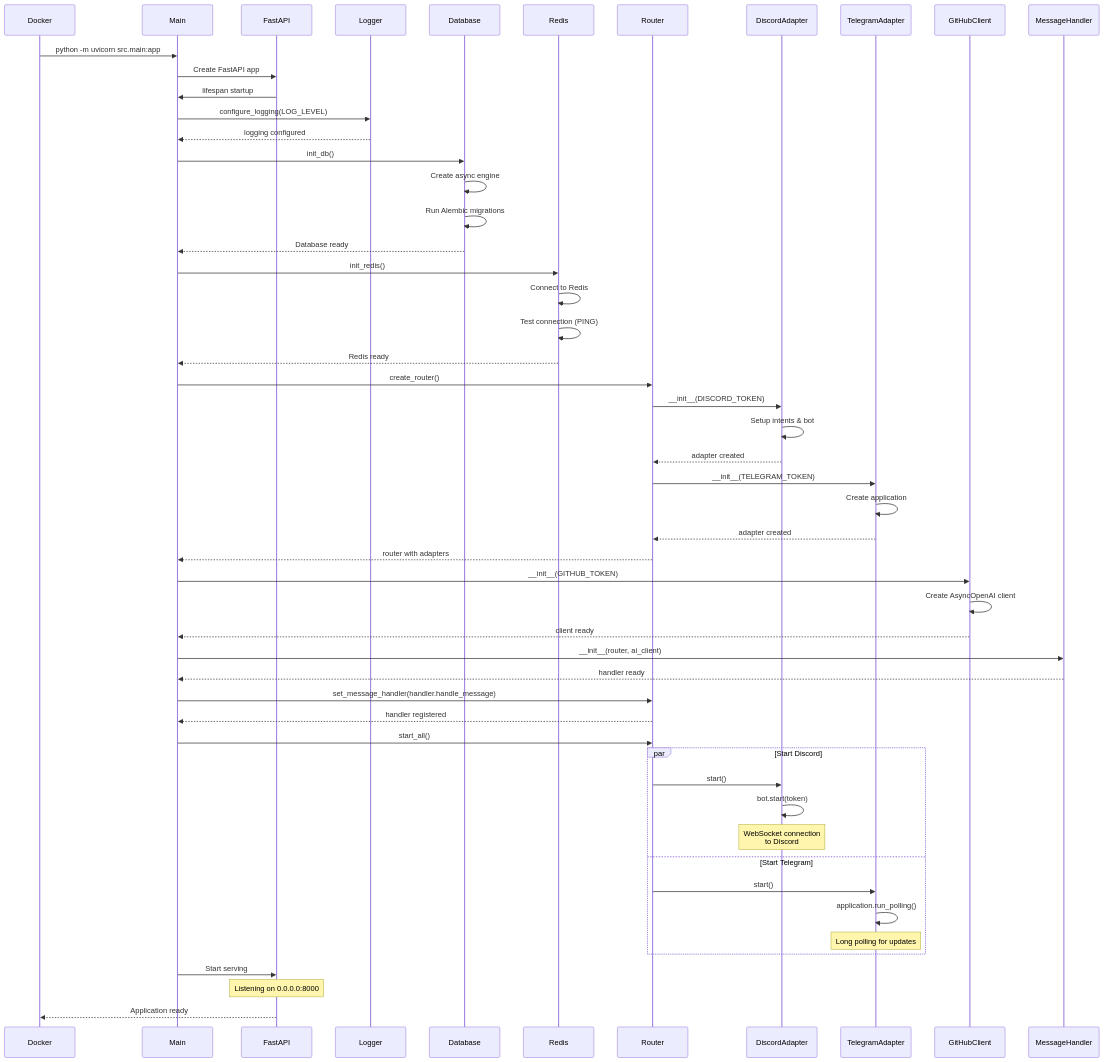
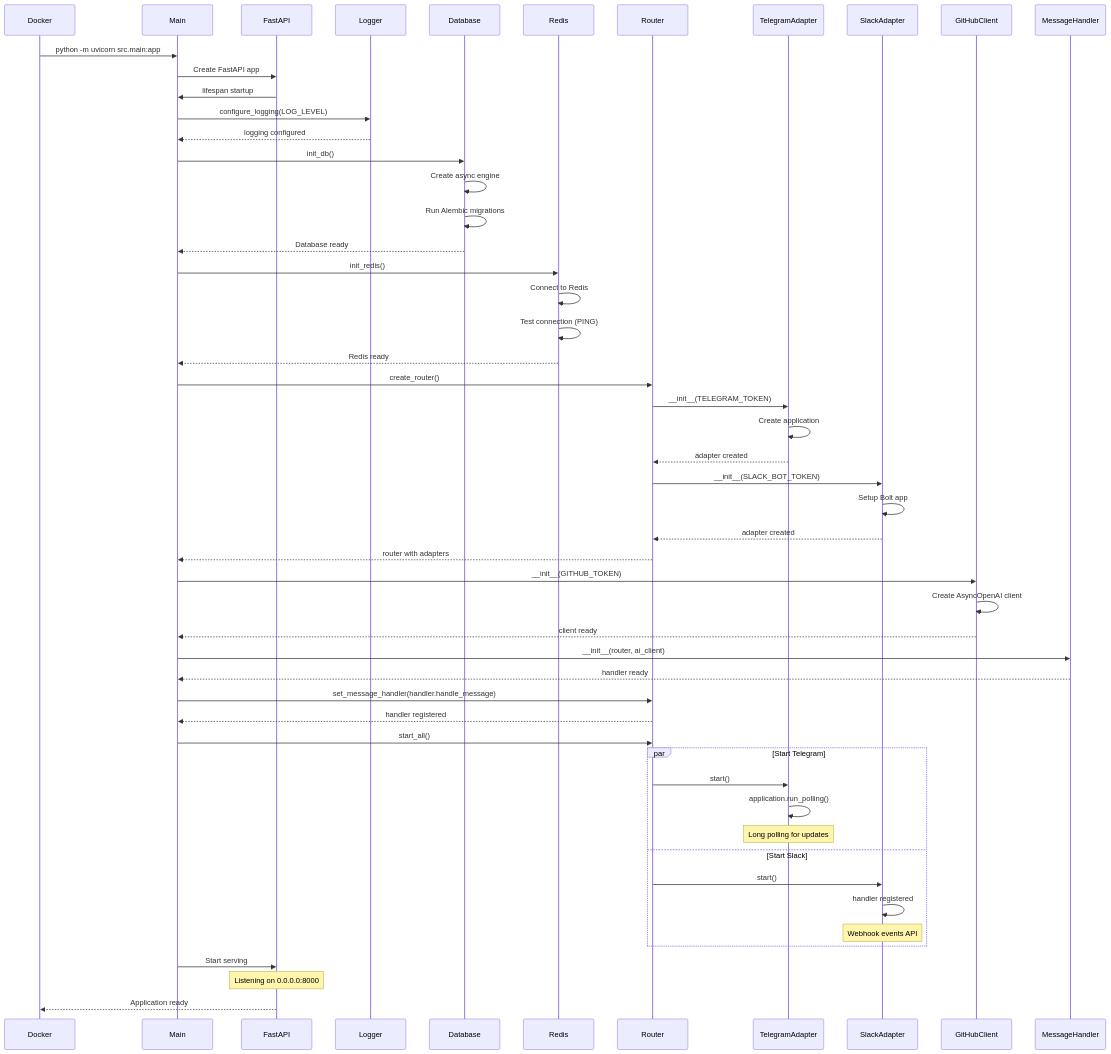
One commit to Htunn/simple-ai-agent changed the fourth of 15 diagrams in docs/sequence-diagrams.md. Above: the diagram before and after it, drawn with Mermaid. The commit also changed other lines of this file and 26 other files, not shown here.

First line of the commit message:
feat: remove Discord integration, focus on Telegram and Slack only

````diff
--- a/docs/sequence-diagrams.md
+++ b/docs/sequence-diagrams.md
@@ -195,65 +195,65 @@
 ```mermaid
 sequenceDiagram
     participant Docker
     participant Main
     participant FastAPI
     participant Logger
     participant Database
     participant Redis
     participant Router
-    participant DiscordAdapter
     participant TelegramAdapter
+    participant SlackAdapter
     participant GitHubClient
     participant MessageHandler
 
     Docker->>Main: python -m uvicorn src.main:app
     Main->>FastAPI: Create FastAPI app
     FastAPI->>Main: lifespan startup
     
     Main->>Logger: configure_logging(LOG_LEVEL)
     Logger-->>Main: logging configured
     
     Main->>Database: init_db()
     Database->>Database: Create async engine
     Database->>Database: Run Alembic migrations
     Database-->>Main: Database ready
     
     Main->>Redis: init_redis()
     Redis->>Redis: Connect to Redis
     Redis->>Redis: Test connection (PING)
     Redis-->>Main: Redis ready
     
     Main->>Router: create_router()
-    Router->>DiscordAdapter: __init__(DISCORD_TOKEN)
-    DiscordAdapter->>DiscordAdapter: Setup intents & bot
-    DiscordAdapter-->>Router: adapter created
     Router->>TelegramAdapter: __init__(TELEGRAM_TOKEN)
     TelegramAdapter->>TelegramAdapter: Create application
     TelegramAdapter-->>Router: adapter created
+    Router->>SlackAdapter: __init__(SLACK_BOT_TOKEN)
+    SlackAdapter->>SlackAdapter: Setup Bolt app
+    SlackAdapter-->>Router: adapter created
     Router-->>Main: router with adapters
     
     Main->>GitHubClient: __init__(GITHUB_TOKEN)
     GitHubClient->>GitHubClient: Create AsyncOpenAI client
     GitHubClient-->>Main: client ready
     
     Main->>MessageHandler: __init__(router, ai_client)
     MessageHandler-->>Main: handler ready
     
     Main->>Router: set_message_handler(handler.handle_message)
     Router-->>Main: handler registered
     
     Main->>Router: start_all()
-    par Start Discord
-        Router->>DiscordAdapter: start()
-        DiscordAdapter->>DiscordAdapter: bot.start(token)
-        Note over DiscordAdapter: WebSocket connection<br/>to Discord
-    and Start Telegram
+    par Start Telegram
         Router->>TelegramAdapter: start()
         TelegramAdapter->>TelegramAdapter: application.run_polling()
         Note over TelegramAdapter: Long polling for updates
+    and Start Slack
+        Router->>SlackAdapter: start()
+        SlackAdapter->>SlackAdapter: handler registered
+        Note over SlackAdapter: Webhook events API
     end
     
     Main->>FastAPI: Start serving
     Note over FastAPI: Listening on 0.0.0.0:8000
     FastAPI-->>Docker: Application ready
 ```
````
